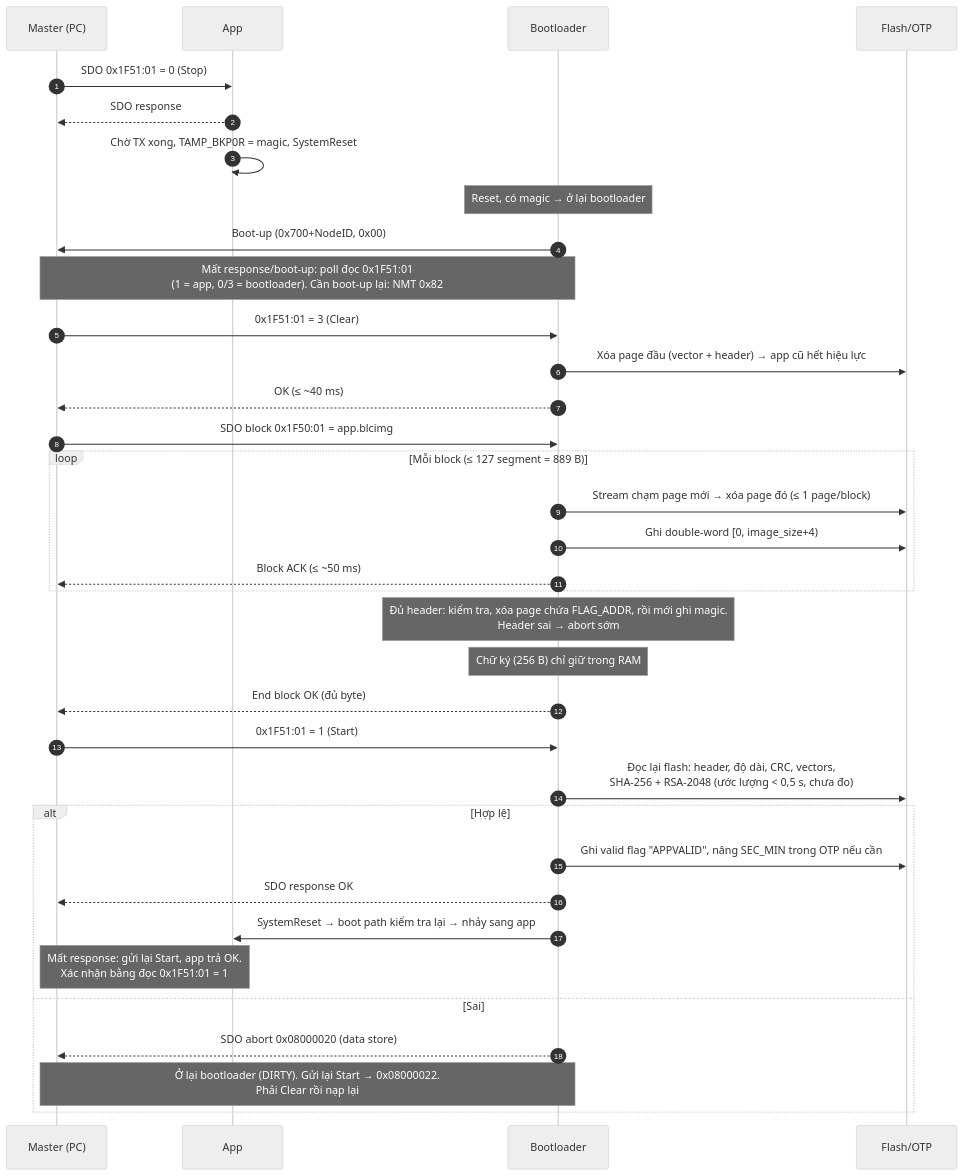
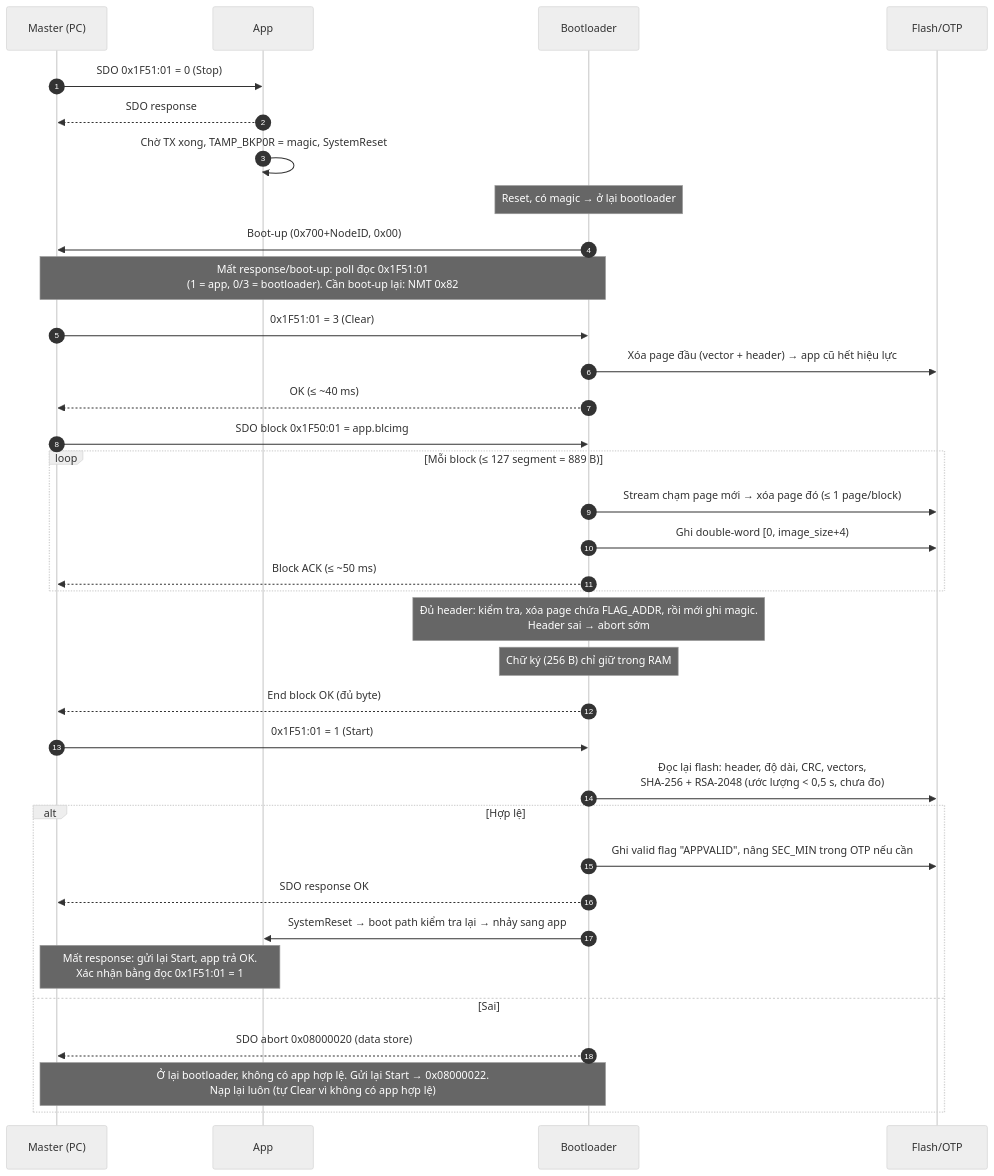
Before and after one commit to linh97abc/stm32_canopen_bootloader: the diagram in README.md, drawn with Mermaid (neutral theme). The commit also changed other lines of this file and 6 other files, not shown here.

First line of the commit message:
Thêm 0x1F57 flash status, tự Clear khi ghi 0x1F50 lúc không có app hợp lệ

````diff
--- a/README.md
+++ b/README.md
@@ -116,41 +120,41 @@
 ```mermaid
 sequenceDiagram
     autonumber
     participant M as Master (PC)
     participant A as App
     participant B as Bootloader
     participant F as Flash/OTP
 
     M->>A: SDO 0x1F51:01 = 0 (Stop)
     A-->>M: SDO response
     A->>A: Chờ TX xong, TAMP_BKP0R = magic, SystemReset
     Note over B: Reset, có magic → ở lại bootloader
     B->>M: Boot-up (0x700+NodeID, 0x00)
     Note over M,B: Mất response/boot-up: poll đọc 0x1F51:01<br/>(1 = app, 0/3 = bootloader). Cần boot-up lại: NMT 0x82
 
     M->>B: 0x1F51:01 = 3 (Clear)
     B->>F: Xóa page đầu (vector + header) → app cũ hết hiệu lực
     B-->>M: OK (≤ ~40 ms)
 
     M->>B: SDO block 0x1F50:01 = app.blcimg
     loop Mỗi block (≤ 127 segment = 889 B)
         B->>F: Stream chạm page mới → xóa page đó (≤ 1 page/block)
         B->>F: Ghi double-word [0, image_size+4)
         B-->>M: Block ACK (≤ ~50 ms)
     end
     Note over B: Đủ header: kiểm tra, xóa page chứa FLAG_ADDR, rồi mới ghi magic.<br/>Header sai → abort sớm
     Note over B: Chữ ký (256 B) chỉ giữ trong RAM
     B-->>M: End block OK (đủ byte)
 
     M->>B: 0x1F51:01 = 1 (Start)
     B->>F: Đọc lại flash: header, độ dài, CRC, vectors,<br/>SHA-256 + RSA-2048 (ước lượng < 0,5 s, chưa đo)
     alt Hợp lệ
         B->>F: Ghi valid flag "APPVALID", nâng SEC_MIN trong OTP nếu cần
         B-->>M: SDO response OK
         B->>A: SystemReset → boot path kiểm tra lại → nhảy sang app
         Note over M,A: Mất response: gửi lại Start, app trả OK.<br/>Xác nhận bằng đọc 0x1F51:01 = 1
     else Sai
         B-->>M: SDO abort 0x08000020 (data store)
-        Note over M,B: Ở lại bootloader (DIRTY). Gửi lại Start → 0x08000022.<br/>Phải Clear rồi nạp lại
+        Note over M,B: Ở lại bootloader, không có app hợp lệ. Gửi lại Start → 0x08000022.<br/>Nạp lại luôn (tự Clear vì không có app hợp lệ)
     end
 ```
````
